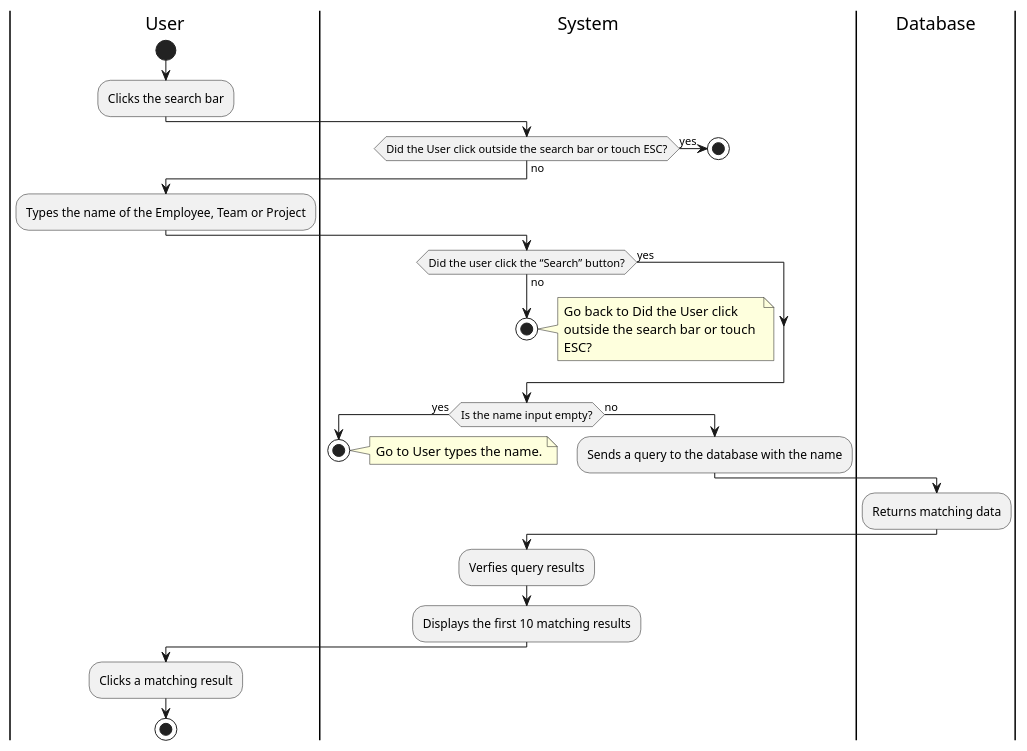
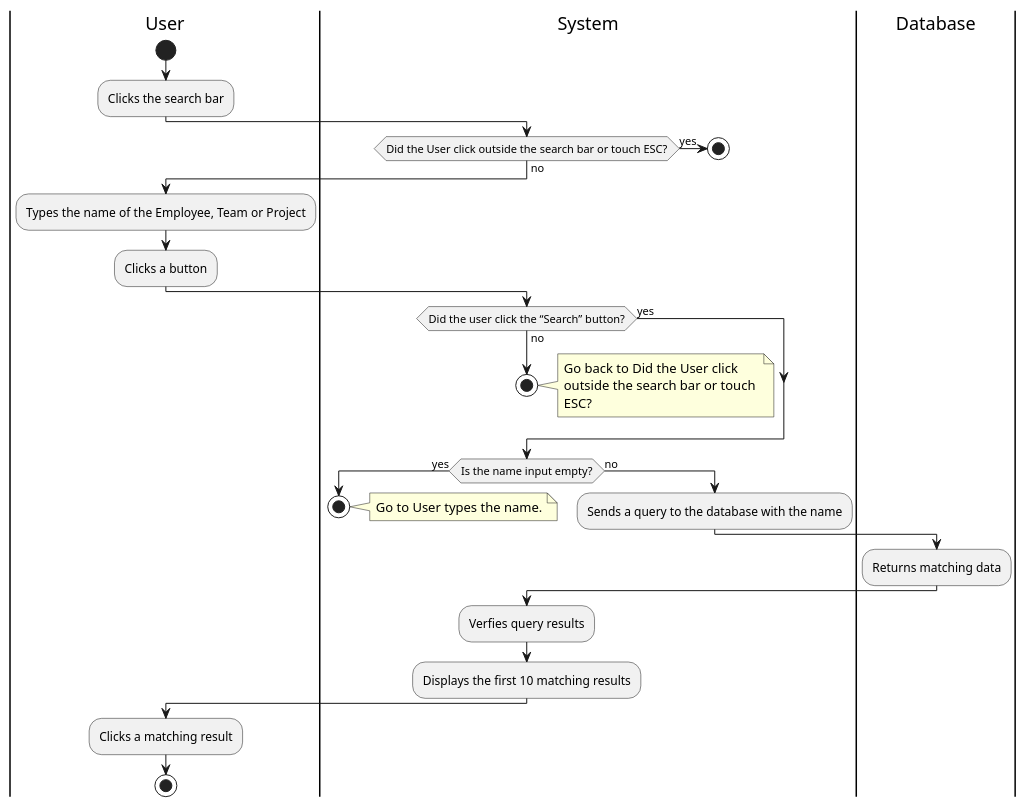
One commit to Berthou05/LimboSoftwareDevelopment_Change.org changed the diagram in documentation/activity_diagrams/HS-01-ActivityDiagram.puml. Above: the diagram before and after it, drawn with PlantUML. The commit also changed 14 other files, not shown here.

Commit message:
[DOCS]: Correction of Activity Diagrams. Addition of ADMIN-03, EMP-02, PROJ-11. Naming modifications of ADMIN-04, ADMIN-05 and ADMIN-06.

```diff
--- a/documentation/activity_diagrams/HS-01-ActivityDiagram.puml
+++ b/documentation/activity_diagrams/HS-01-ActivityDiagram.puml
@@ -1,45 +1,46 @@
 @startuml
 
 |User|
 start
 :Clicks the search bar;
 |System|
 if(Did the User click outside the search bar or touch ESC?) is (yes) then
     stop
 else(no)
 end if
 
 |User|
 :Types the name of the Employee, Team or Project;
+:Clicks a button;
 |System|
 if(Did the user click the “Search” button?) is (yes) then
     
 else(no)
     stop
     note right
         Go back to Did the User click 
         outside the search bar or touch 
         ESC?
     end note
 end if
 |System|
 if(Is the name input empty?) is (yes) then
     stop
     note right
         Go to User types the name.
     end note
 else(no)
     |System|
     :Sends a query to the database with the name;
 end if
 |Database|
 :Returns matching data;
 |System|
 :Verfies query results;
 :Displays the first 10 matching results;
 |User|
 :Clicks a matching result;
 stop
 
 
 @enduml
```
